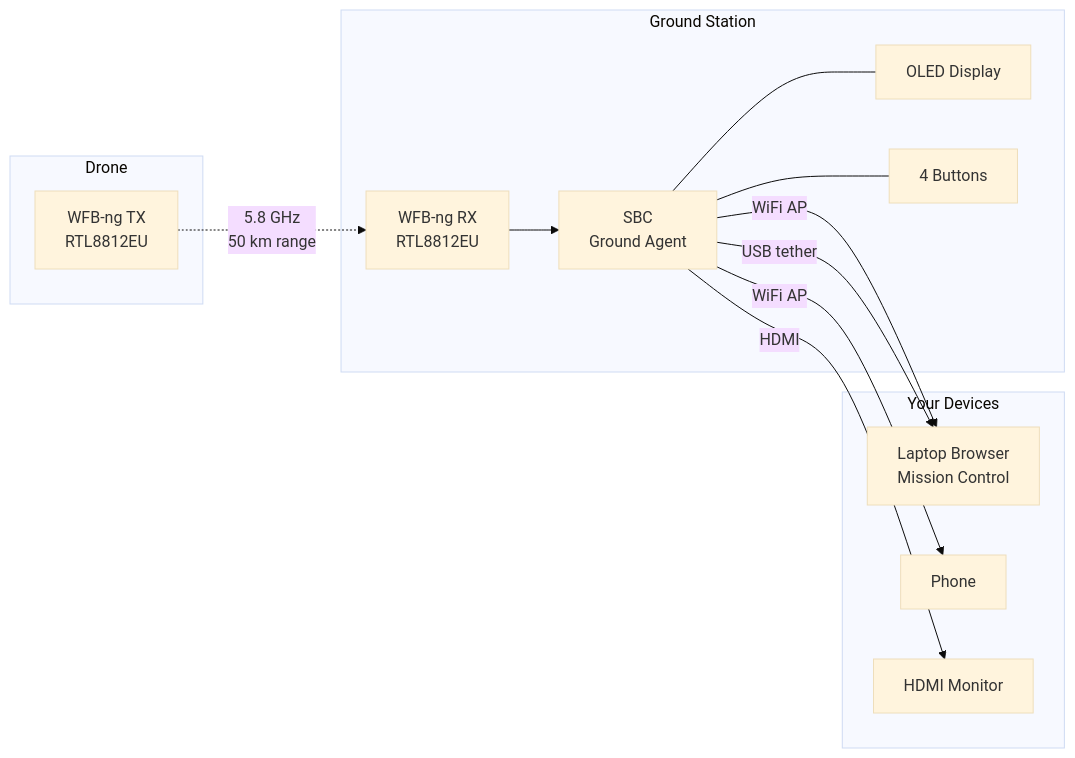
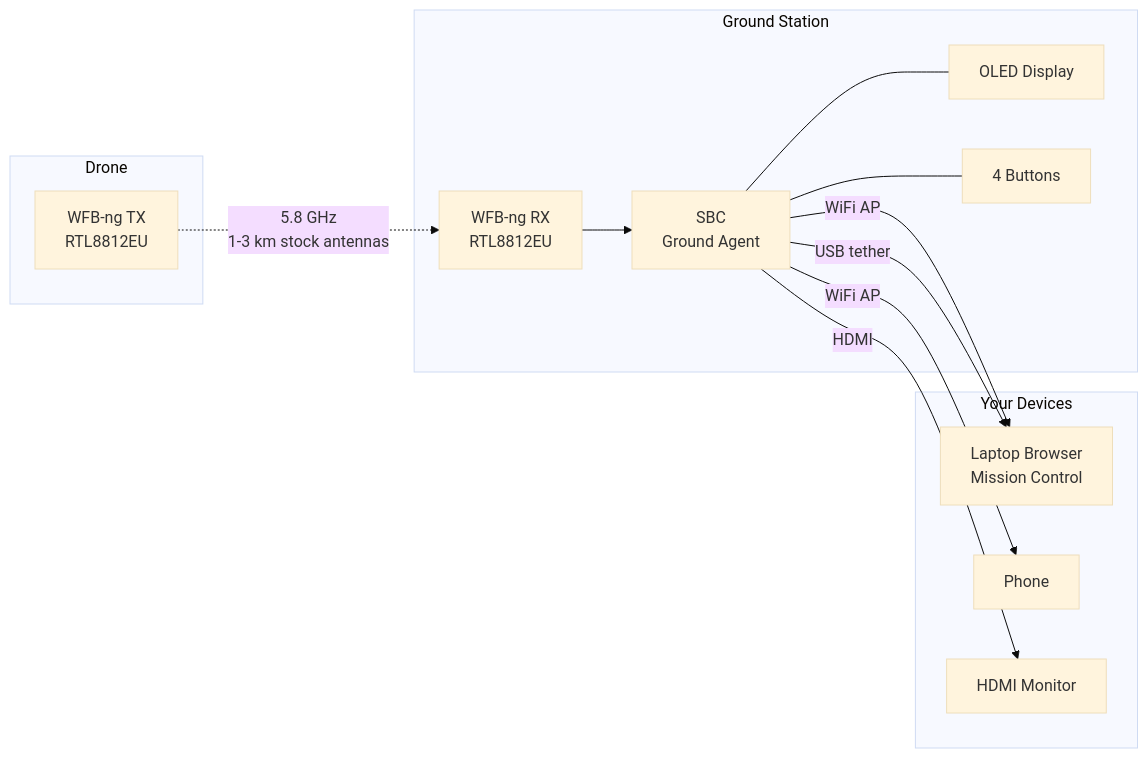
Before and after one commit to altnautica/Documentation: the diagram in getting-started/quickstart-ground-agent.mdx, drawn with Mermaid (base theme). The commit also changed other lines of this file and 19 other files, not shown here.

````diff
--- a/getting-started/quickstart-ground-agent.mdx
+++ b/getting-started/quickstart-ground-agent.mdx
@@ -18,28 +18,28 @@
 ```mermaid
 flowchart LR
     subgraph Drone
         TX[WFB-ng TX<br/>RTL8812EU]
     end
 
     subgraph Ground Station
         RX[WFB-ng RX<br/>RTL8812EU]
         SBC[SBC<br/>Ground Agent]
         OLED[OLED Display]
         BTNS[4 Buttons]
     end
 
     subgraph Your Devices
         LAPTOP[Laptop Browser<br/>Mission Control]
         PHONE[Phone]
         TV[HDMI Monitor]
     end
 
-    TX -.->|5.8 GHz<br/>50 km range| RX
+    TX -.->|5.8 GHz<br/>1-3 km stock antennas| RX
     RX --> SBC
     SBC -->|WiFi AP| LAPTOP
     SBC -->|WiFi AP| PHONE
     SBC -->|HDMI| TV
     SBC -->|USB tether| LAPTOP
     SBC --- OLED
     SBC --- BTNS
 ```
````
